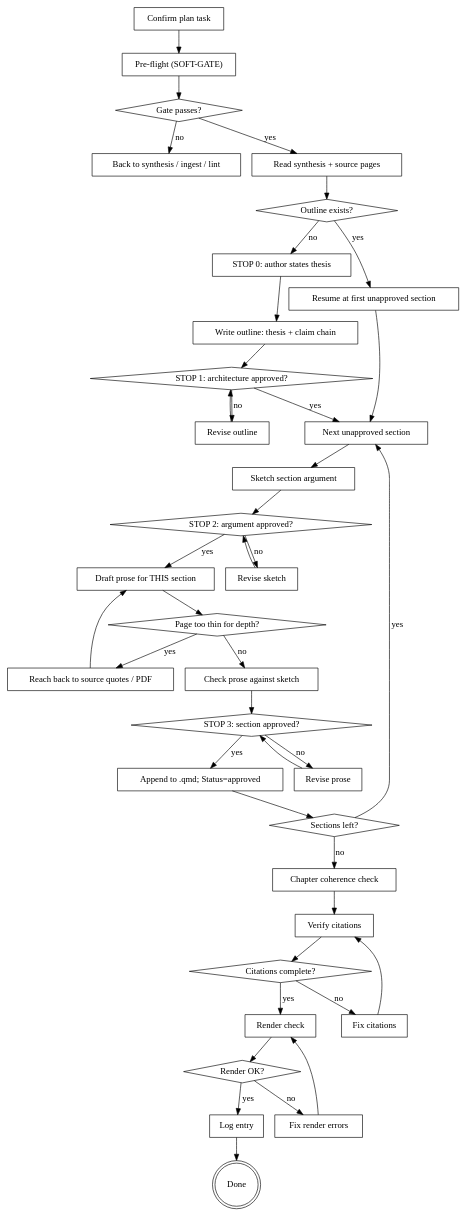
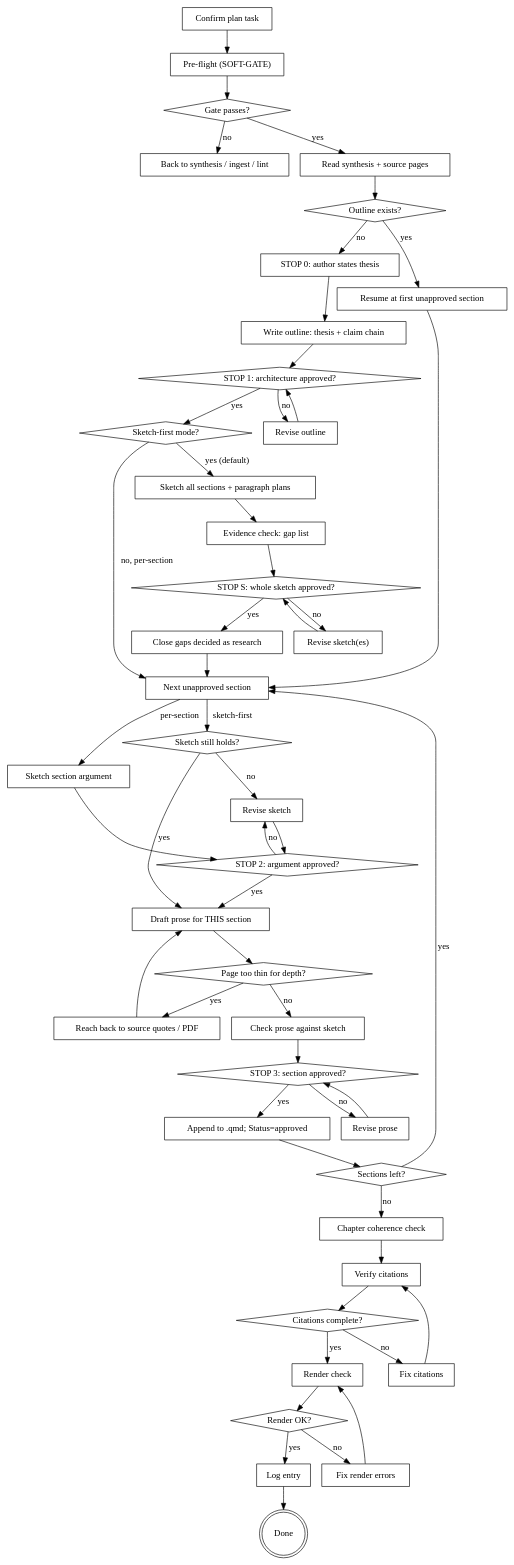
The diagram in skills/drafting-manuscript/SKILL.md (leiverkus/research-superpowers), drawn with Graphviz before and after one commit. The commit also changed other lines of this file and 9 other files, not shown here.

First line of the commit message:
feat(drafting): sketch-first mode — whole-text sketch, paragraph plans, evidence gaps before prose (#138)

```diff
--- a/skills/drafting-manuscript/SKILL.md
+++ b/skills/drafting-manuscript/SKILL.md
@@ -185,6 +217,13 @@
     "Resume at first unapproved section" [shape=box];
     "STOP 1: architecture approved?" [shape=diamond];
     "Revise outline" [shape=box];
+    "Sketch-first mode?" [shape=diamond];
+    "Sketch all sections + paragraph plans" [shape=box];
+    "Evidence check: gap list" [shape=box];
+    "STOP S: whole sketch approved?" [shape=diamond];
+    "Revise sketch(es)" [shape=box];
+    "Close gaps decided as research" [shape=box];
+    "Sketch still holds?" [shape=diamond];
 
     "Next unapproved section" [shape=box];
     "Sketch section argument" [shape=box];
@@ -220,10 +259,21 @@
     "Write outline: thesis + claim chain" -> "STOP 1: architecture approved?";
     "STOP 1: architecture approved?" -> "Revise outline" [label="no"];
     "Revise outline" -> "STOP 1: architecture approved?";
-    "STOP 1: architecture approved?" -> "Next unapproved section" [label="yes"];
+    "STOP 1: architecture approved?" -> "Sketch-first mode?" [label="yes"];
+    "Sketch-first mode?" -> "Sketch all sections + paragraph plans" [label="yes (default)"];
+    "Sketch-first mode?" -> "Next unapproved section" [label="no, per-section"];
+    "Sketch all sections + paragraph plans" -> "Evidence check: gap list";
+    "Evidence check: gap list" -> "STOP S: whole sketch approved?";
+    "STOP S: whole sketch approved?" -> "Revise sketch(es)" [label="no"];
+    "Revise sketch(es)" -> "STOP S: whole sketch approved?";
+    "STOP S: whole sketch approved?" -> "Close gaps decided as research" [label="yes"];
+    "Close gaps decided as research" -> "Next unapproved section";
     "Resume at first unapproved section" -> "Next unapproved section";
 
-    "Next unapproved section" -> "Sketch section argument";
+    "Next unapproved section" -> "Sketch still holds?" [label="sketch-first"];
+    "Sketch still holds?" -> "Draft prose for THIS section" [label="yes"];
+    "Sketch still holds?" -> "Revise sketch" [label="no"];
+    "Next unapproved section" -> "Sketch section argument" [label="per-section"];
     "Sketch section argument" -> "STOP 2: argument approved?";
     "STOP 2: argument approved?" -> "Revise sketch" [label="no"];
     "Revise sketch" -> "STOP 2: argument approved?";
```
